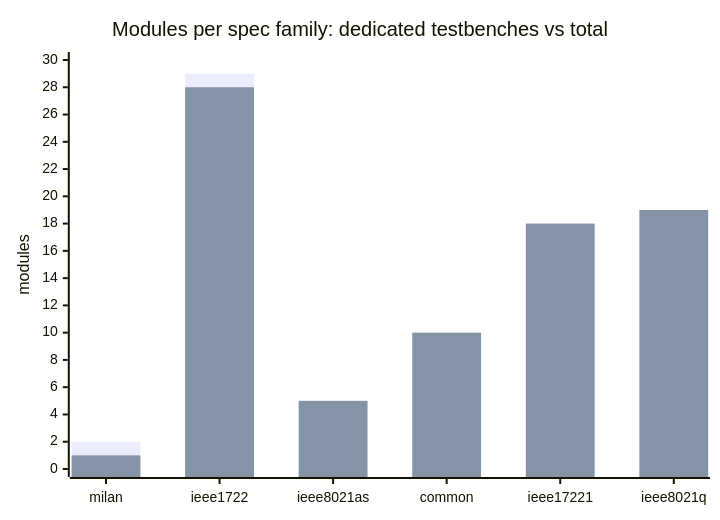
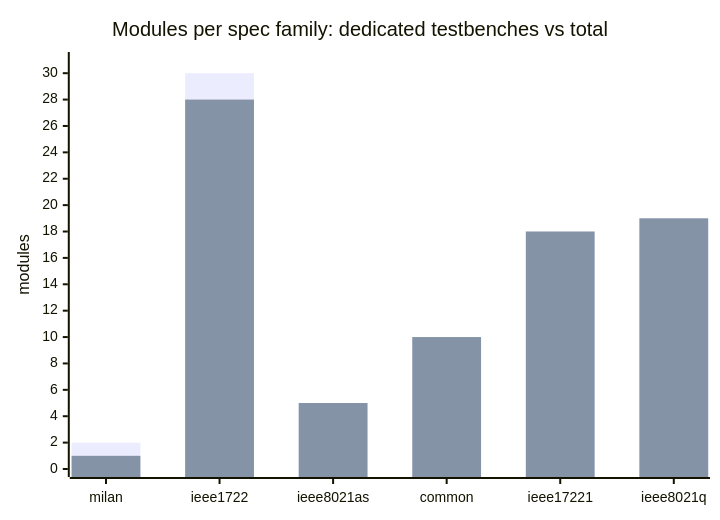
One commit to kebag-logic/milan-fpga changed the diagram in docs/traceability/MODULE_MATRIX.md. Above: the diagram before and after it, drawn with Mermaid. The commit also changed other lines of this file and 14 other files, not shown here.

````diff
--- a/docs/traceability/MODULE_MATRIX.md
+++ b/docs/traceability/MODULE_MATRIX.md
@@ -30,8 +30,8 @@
 ```mermaid
 xychart-beta
     title "Modules per spec family: dedicated testbenches vs total"
     x-axis ["milan", "ieee1722", "ieee8021as", "common", "ieee17221", "ieee8021q"]
-    y-axis "modules" 0 --> 30
-    bar [2, 29, 5, 10, 18, 19]
+    y-axis "modules" 0 --> 31
+    bar [2, 30, 5, 10, 18, 19]
     bar [1, 28, 5, 10, 18, 19]
 ```
````
